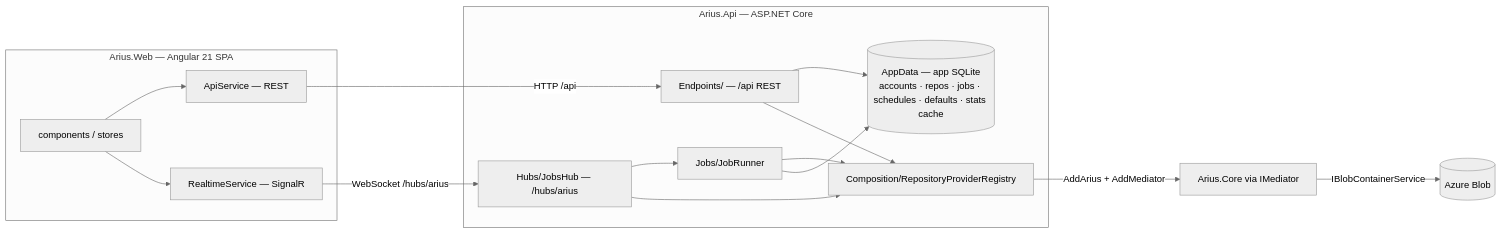
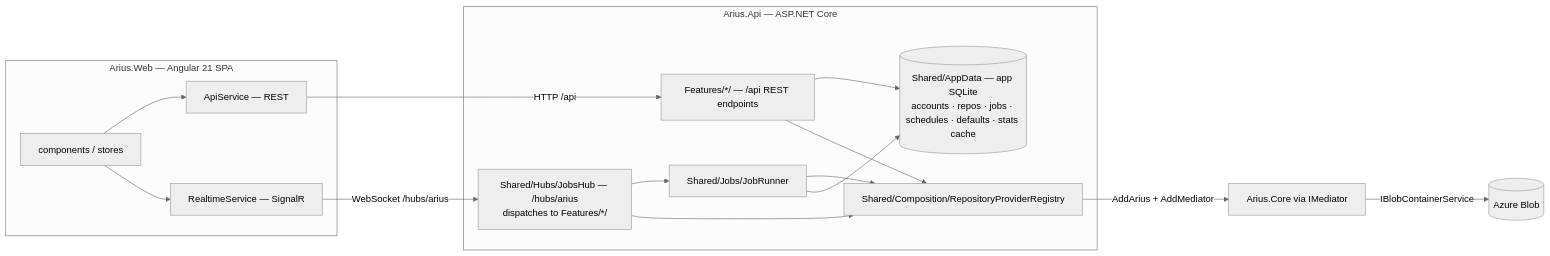
Before and after one commit to woutervanranst/Arius7: the first of 5 diagrams in docs/design/hosts/web.md, drawn with Mermaid (neutral theme). The commit also changed other lines of this file and 12 other files, not shown here.

````diff
--- a/docs/design/hosts/web.md
+++ b/docs/design/hosts/web.md
@@ -15,27 +15,27 @@
 ```mermaid
 flowchart LR
     subgraph web[Arius.Web — Angular 21 SPA]
         spa[components / stores]
         api_c[ApiService — REST]
         rt_c[RealtimeService — SignalR]
         spa --> api_c
         spa --> rt_c
     end
     subgraph host[Arius.Api — ASP.NET Core]
-        ep[Endpoints/ — /api REST]
-        hub[Hubs/JobsHub — /hubs/arius]
-        runner[Jobs/JobRunner]
-        reg[Composition/RepositoryProviderRegistry]
-        appdb[(AppData — app SQLite<br/>accounts · repos · jobs · schedules · defaults · stats cache)]
+        ep[Features/*/ — /api REST endpoints]
+        hub[Shared/Hubs/JobsHub — /hubs/arius<br/>dispatches to Features/*/]
+        runner[Shared/Jobs/JobRunner]
+        reg[Shared/Composition/RepositoryProviderRegistry]
+        appdb[(Shared/AppData — app SQLite<br/>accounts · repos · jobs · schedules · defaults · stats cache)]
     end
     api_c -->|HTTP /api| ep
     rt_c -->|WebSocket /hubs/arius| hub
     ep --> appdb
     ep --> reg
     hub --> runner
     hub --> reg
     runner --> reg
     runner --> appdb
     reg -->|AddArius + AddMediator| core[Arius.Core via IMediator]
     core -->|IBlobContainerService| azure[(Azure Blob)]
 ```
````
